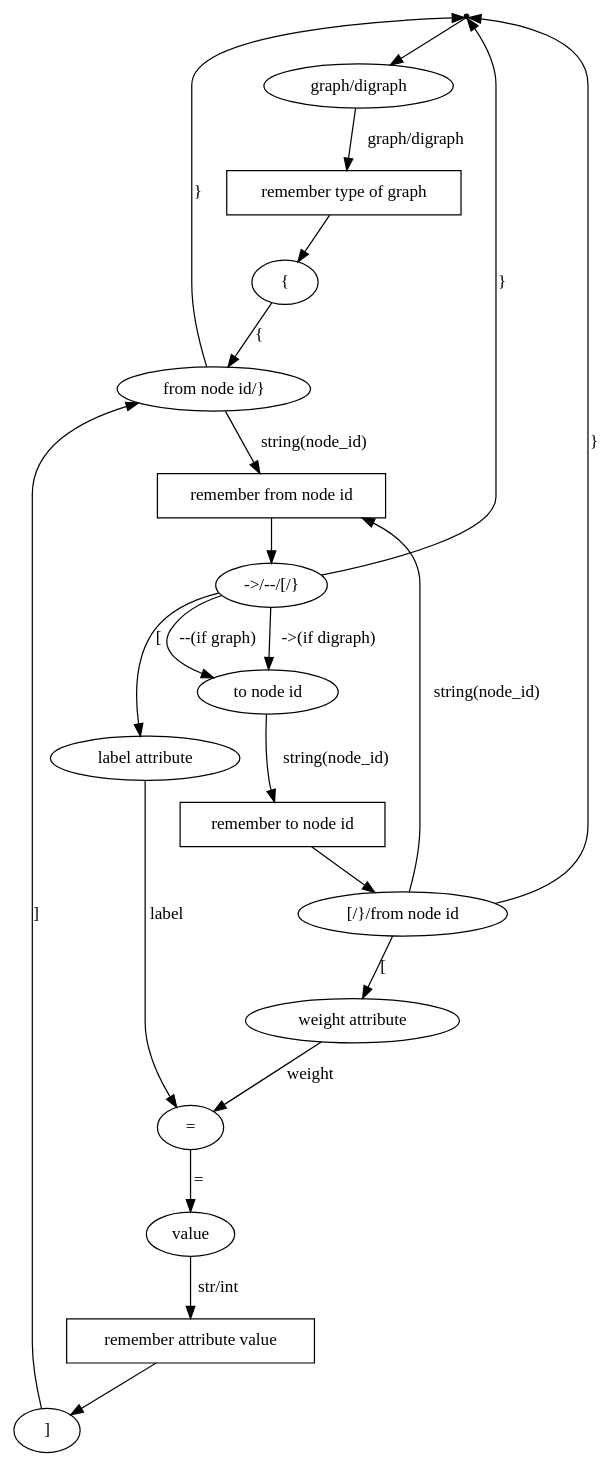
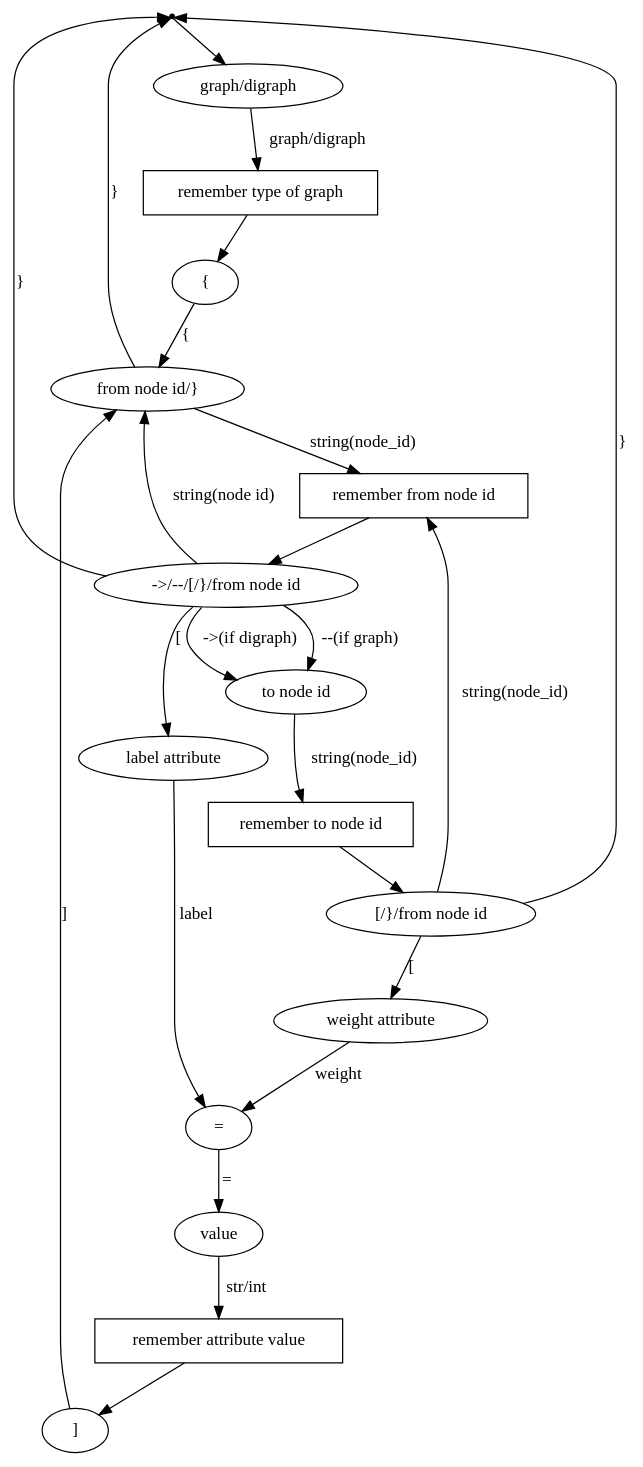
The diagram in data/proposal/lexemes.gv (AshFungor/graph-serializer), drawn with Graphviz before and after one commit. The commit also changed 17 other files, not shown here.

```diff
--- a/data/proposal/lexemes.gv
+++ b/data/proposal/lexemes.gv
@@ -1,55 +1,56 @@
 digraph {
 	entrypoint [shape = "point"]
 	graph_start [shape = "ellipse" label = "graph/digraph"]
 	entrypoint -> graph_start 
 
 	remember_graph_type [shape = "box" label = "remember type of graph"]
 	graph_start -> remember_graph_type [label="graph/digraph"]
 
 	open_curly_bracket [shape = "ellipse" label = "{"]
 	remember_graph_type -> open_curly_bracket
 
 	from_node_id_or_close_curly_bracket [shape = "ellipse" label = "from node id/}"]
 	from_node_id_or_close_curly_bracket -> entrypoint [label = "}"]
 	open_curly_bracket -> from_node_id_or_close_curly_bracket [label="{"]
 
 	remember_from_node_id [shape="box" label="remember from node id"]
 	from_node_id_or_close_curly_bracket -> remember_from_node_id [label="string(node_id)"]
 	remember_from_node_id -> after_from_node_id
 
-	after_from_node_id [shape = "ellipse" label = "->/--/[/}"]
+	after_from_node_id [shape = "ellipse" label = "->/--/[/}/from node id"]
 	to_node_id [shape = "ellipse" label = "to node id"]
 	after_from_node_id -> to_node_id [label="->(if digraph)"]
 	after_from_node_id -> to_node_id [label="--(if graph)"]
 	after_from_node_id -> entrypoint [label = "}"]
+	after_from_node_id -> from_node_id_or_close_curly_bracket [label = "string(node id)"]
 
 	label_attr [shape = "ellipse" label = "label attribute"]
 	after_from_node_id -> label_attr [label="["] 
 
 	equal [shape = "ellipse" label = "="]
 	label_attr -> equal [label="label"]
 
 	remember_to_node_id [shape="box" label="remember to node id"]
 	to_node_id -> remember_to_node_id [label="string(node_id)"]
 
 	after_to_node_id [label="[/}/from node id"]
 	remember_to_node_id -> after_to_node_id
 
 	after_to_node_id -> entrypoint [label = "}"]
 	after_to_node_id -> remember_from_node_id [label = "string(node_id)"]
 
 	weight_attr [shape = "ellipse" label = "weight attribute"]
 	after_to_node_id -> weight_attr [label="["] 
 
 	weight_attr -> equal [label="weight"]
 
 	attr_value [shape = "ellipse" label = "value"]
 	equal -> attr_value [label="="]
 
 	remember_attr_value [shape="box" label="remember attribute value"]
 	attr_value -> remember_attr_value [label="str/int"] 
 
 	close_square_bracket [label = "]"]
 	remember_attr_value -> close_square_bracket
 	close_square_bracket -> from_node_id_or_close_curly_bracket [label="]"]
 }
```
